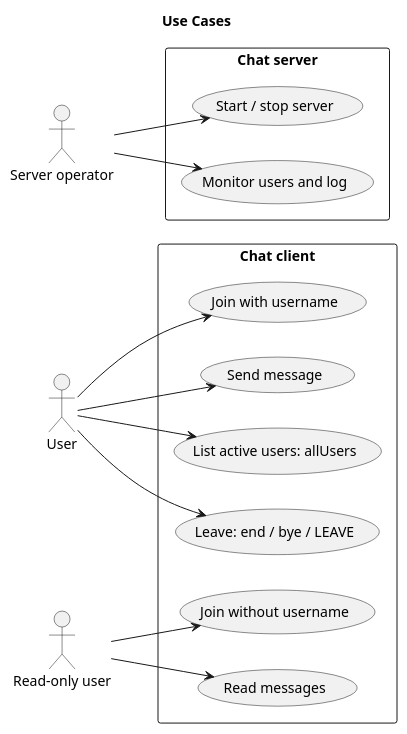
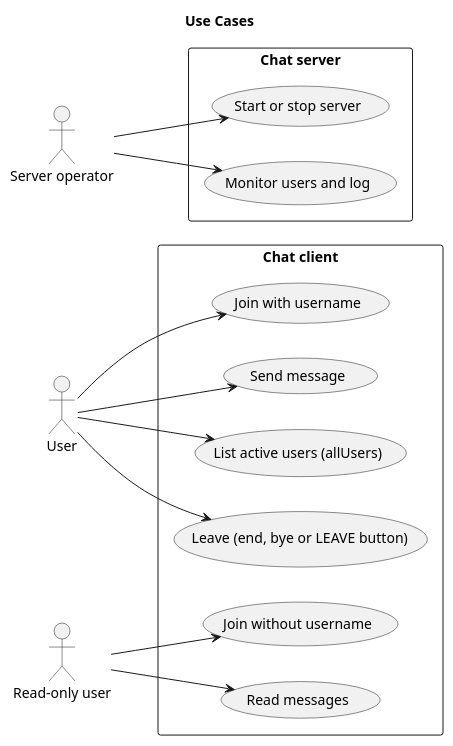
One commit to almaikawtar/MultiClientChat changed the diagram in docs/usecase-diagram.puml. Above: the diagram before and after it, drawn with PlantUML. The commit also changed 8 other files, not shown here.

```diff
--- a/docs/usecase-diagram.puml
+++ b/docs/usecase-diagram.puml
@@ -1,19 +1,31 @@
 @startuml
 title Use Cases
 left to right direction
+
 actor User
-actor Observer as "Read-only user"
-actor Admin as "Server operator"
+actor "Read-only user" as Observer
+actor "Server operator" as Admin
+
 rectangle "Chat client" {
-  User --> (Join with username)
-  User --> (Send message)
-  User --> (List active users: allUsers)
-  User --> (Leave: end / bye / LEAVE)
-  Observer --> (Join without username)
-  Observer --> (Read messages)
+  usecase "Join with username" as UC1
+  usecase "Send message" as UC2
+  usecase "List active users (allUsers)" as UC3
+  usecase "Leave (end, bye or LEAVE button)" as UC4
+  usecase "Join without username" as UC5
+  usecase "Read messages" as UC6
 }
+
 rectangle "Chat server" {
-  Admin --> (Start / stop server)
-  Admin --> (Monitor users and log)
+  usecase "Start or stop server" as UC7
+  usecase "Monitor users and log" as UC8
 }
+
+User --> UC1
+User --> UC2
+User --> UC3
+User --> UC4
+Observer --> UC5
+Observer --> UC6
+Admin --> UC7
+Admin --> UC8
 @enduml
```
